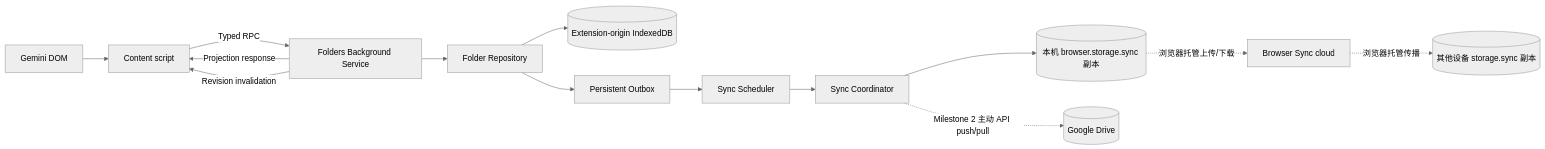
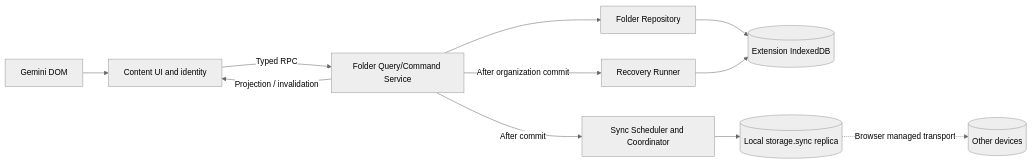
The diagram in docs/feature/folder/background-data-architecture.md (RonkTsang/gemini-chat-extension), drawn with Mermaid (neutral theme) before and after one commit. The commit also changed other lines of this file and 36 other files, not shown here.

Commit message:
docs: update folder architecture and validation records

````diff
--- a/docs/feature/folder/background-data-architecture.md
+++ b/docs/feature/folder/background-data-architecture.md
@@ -24,16 +7,13 @@
 ```mermaid
 flowchart LR
-  DOM[Gemini DOM] --> CS[Content script]
-  CS -->|Typed RPC| BG[Folders Background Service]
+  DOM[Gemini DOM] --> CS[Content UI and identity]
+  CS -->|Typed RPC| BG[Folder Query/Command Service]
   BG --> REPO[Folder Repository]
-  REPO --> DB[(Extension-origin IndexedDB)]
-  REPO --> OUTBOX[Persistent Outbox]
-  OUTBOX --> SCHEDULER[Sync Scheduler]
-  SCHEDULER --> COORDINATOR[Sync Coordinator]
-  COORDINATOR --> BS[(本机 browser.storage.sync 副本)]
-  BS -. 浏览器托管上传/下载 .-> CLOUD[Browser Sync cloud]
-  CLOUD -. 浏览器托管传播 .-> OTHER[(其他设备 storage.sync 副本)]
-  COORDINATOR -. Milestone 2 主动 API push/pull .-> DRIVE[(Google Drive)]
-  BG -->|Projection response| CS
-  BG -->|Revision invalidation| CS
+  REPO --> DB[(Extension IndexedDB)]
+  BG -->|After commit| SYNC[Sync Scheduler and Coordinator]
+  BG -->|After organization commit| RECOVERY[Recovery Runner]
+  SYNC --> BS[(Local storage.sync replica)]
+  BS -. Browser managed transport .-> OTHER[(Other devices)]
+  RECOVERY --> DB
+  BG -->|Projection / invalidation| CS
 ```
````
